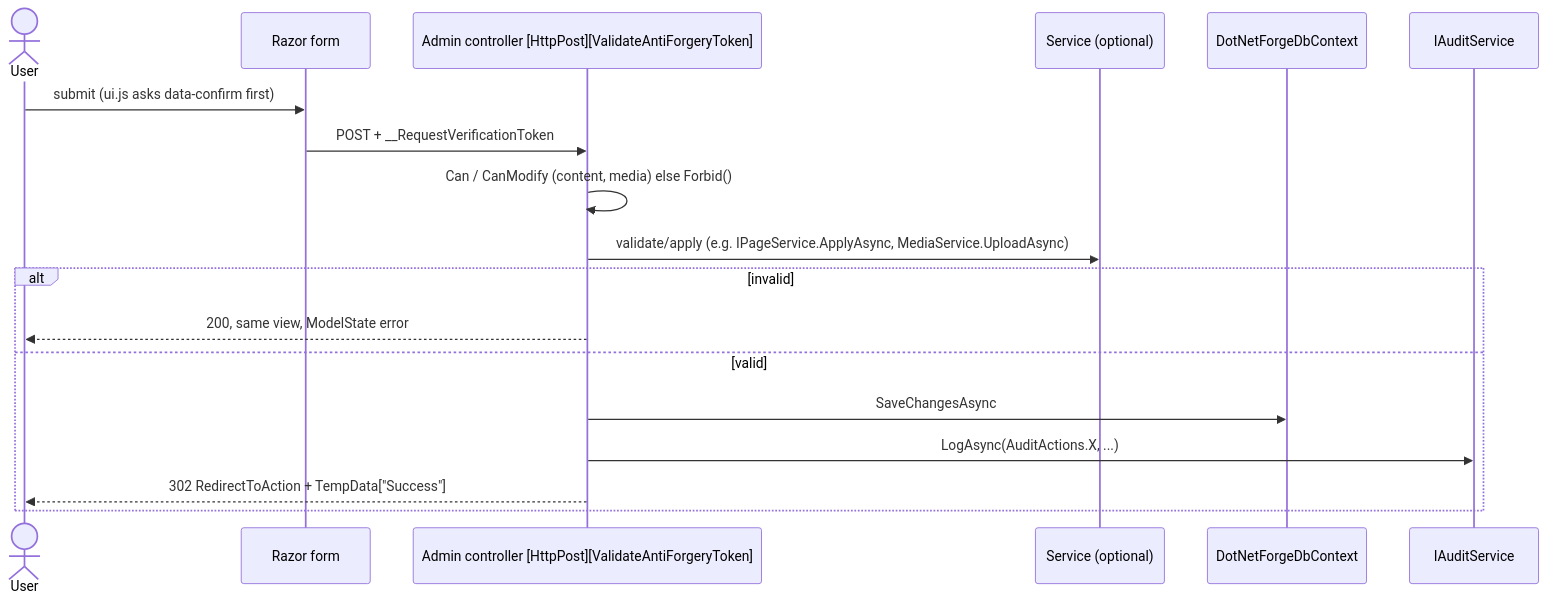
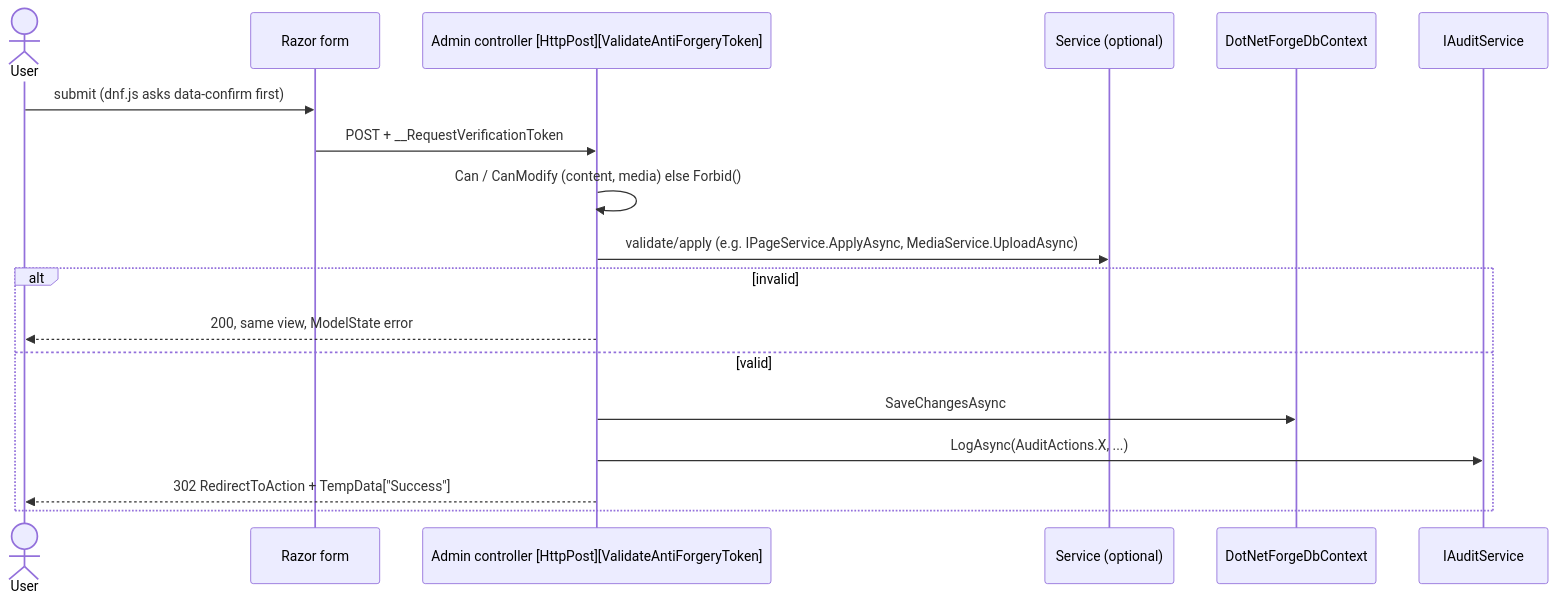
Before and after one commit to Albadit/DotNetForge: the third of 3 diagrams in .docs/architecture/pages.md, drawn with Mermaid. The commit also changed other lines of this file and 412 other files, not shown here.

````diff
--- a/.docs/architecture/pages.md
+++ b/.docs/architecture/pages.md
@@ -212,20 +214,20 @@
 ```mermaid
 sequenceDiagram
     actor User
     participant Form as Razor form
     participant Ctl as Admin controller [HttpPost][ValidateAntiForgeryToken]
     participant Svc as Service (optional)
     participant DB as DotNetForgeDbContext
     participant Aud as IAuditService
-    User->>Form: submit (ui.js asks data-confirm first)
+    User->>Form: submit (dnf.js asks data-confirm first)
     Form->>Ctl: POST + __RequestVerificationToken
     Ctl->>Ctl: Can / CanModify (content, media) else Forbid()
     Ctl->>Svc: validate/apply (e.g. IPageService.ApplyAsync, MediaService.UploadAsync)
     alt invalid
         Ctl-->>User: 200, same view, ModelState error
     else valid
         Ctl->>DB: SaveChangesAsync
         Ctl->>Aud: LogAsync(AuditActions.X, ...)
         Ctl-->>User: 302 RedirectToAction + TempData["Success"]
     end
 ```
````
